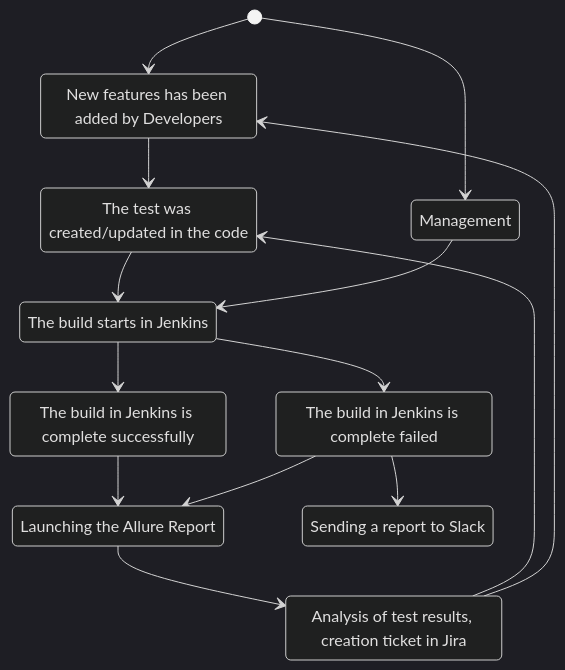
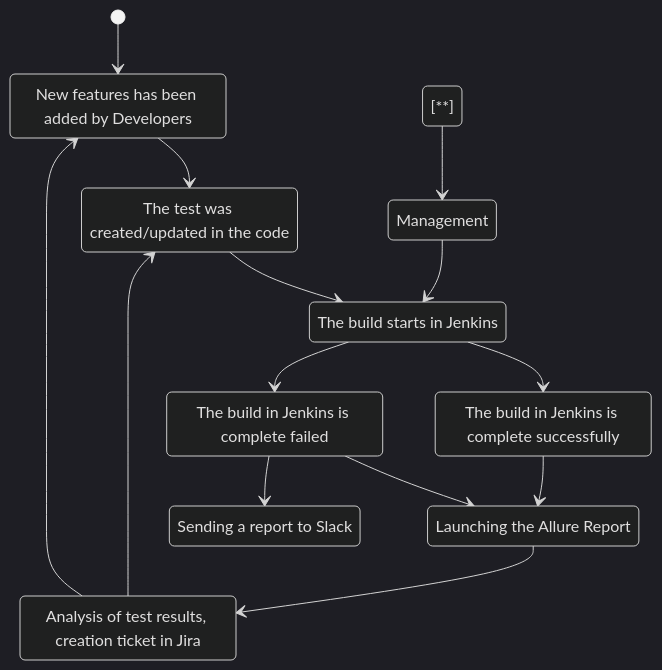
Before and after one commit to berezovskievgenisergeevich/oui-webapp: the first of 2 diagrams in README.md, drawn with Mermaid (dark theme).

````diff
--- a/README.md
+++ b/README.md
@@ -19,25 +19,25 @@
 ```mermaid
 stateDiagram-v2
 state "New features has been added by Developers" as A_0
 state "The test was created/updated in the code" as A
 state "The build starts in Jenkins" as B
 state "The build in Jenkins is complete successfully" as C
 state "The build in Jenkins is complete failed" as C_1
 state "Launching the Allure Report" as D
 state "Sending a report to Slack" as D_1
 state "Analysis of test results, creation ticket in Jira" as E
 state "Management" as M
 [*] --> A_0
-[*] --> M
+[**] --> M
 A_0 --> A
 A --> B
 M --> B
 B --> C
 B --> C_1
 C --> D
 C_1 --> D
 C_1 --> D_1
 D --> E
 E --> A
 E --> A_0
 ```
````
